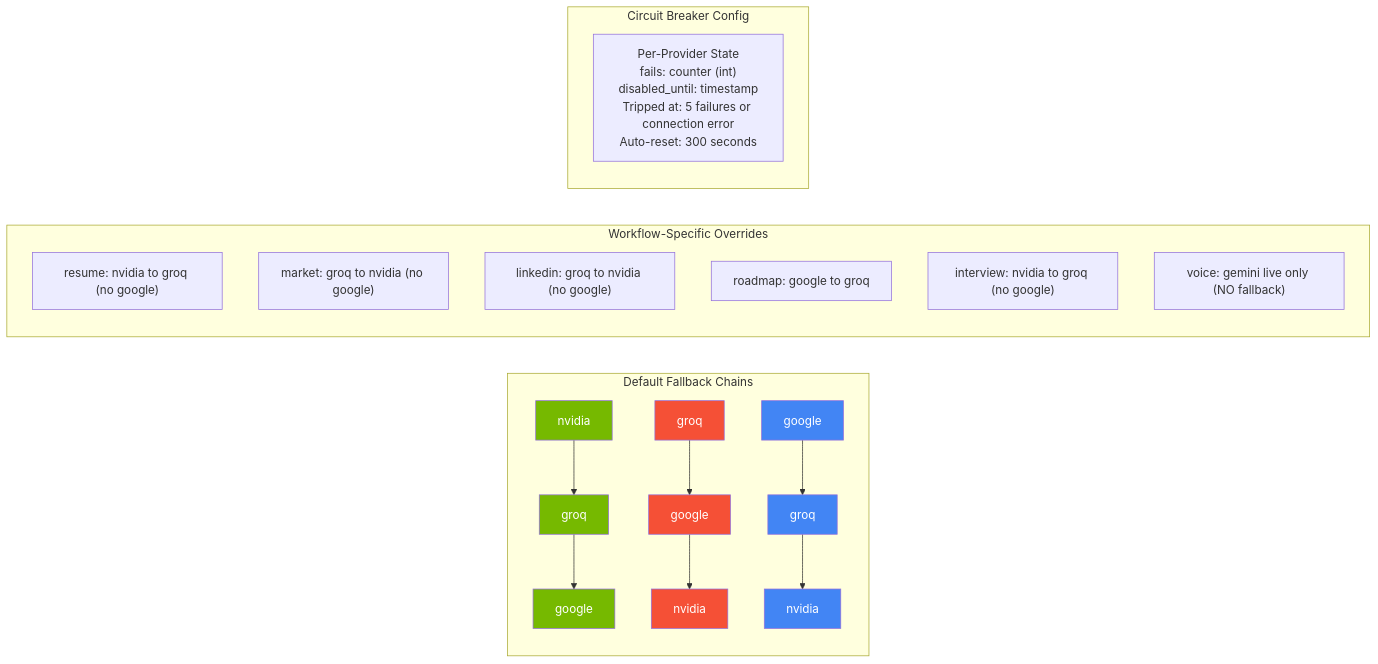
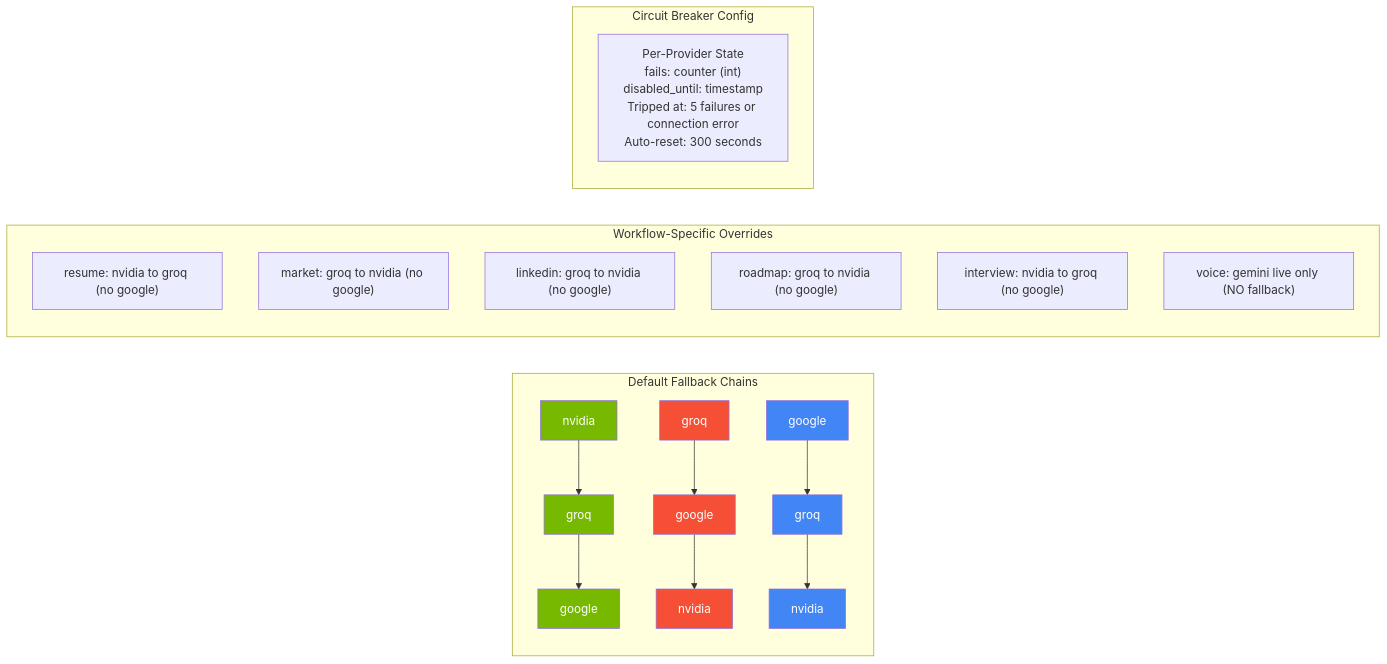
One commit to Anil-Pradhan-web/ai-career-mentor changed diagram 14 of 34 in ARCHITECTURE.md. Above: the diagram before and after it, drawn with Mermaid. The commit also changed other lines of this file and 28 other files, not shown here.

````diff
--- a/ARCHITECTURE.md
+++ b/ARCHITECTURE.md
@@ -682,29 +682,29 @@
 ```mermaid
 graph LR
     classDef nvidia fill:#76B900,color:#fff
     classDef groq fill:#F55036,color:#fff
     classDef google fill:#4285F4,color:#fff
 
     subgraph "Default Fallback Chains"
         N["nvidia"] --> N_G["groq"] --> N_GO["google"]
         G["groq"] --> G_GO["google"] --> G_N["nvidia"]
         GO["google"] --> GO_G["groq"] --> GO_N["nvidia"]
     end
     
     subgraph "Workflow-Specific Overrides"
         W1["resume: nvidia to groq (no google)"]
         W2["market: groq to nvidia (no google)"]
         W3["linkedin: groq to nvidia (no google)"]
-        W4["roadmap: google to groq"]
+        W4["roadmap: groq to nvidia (no google)"]
         W5["interview: nvidia to groq (no google)"]
         W6["voice: gemini live only (NO fallback)"]
     end
 
     subgraph "Circuit Breaker Config"
         CB["Per-Provider State<br/>fails: counter (int)<br/>disabled_until: timestamp<br/>Tripped at: 5 failures or connection error<br/>Auto-reset: 300 seconds"]
     end
 
     class N,N_G,N_GO nvidia
     class G,G_GO,G_N groq
     class GO,GO_G,GO_N google
 ```
````
